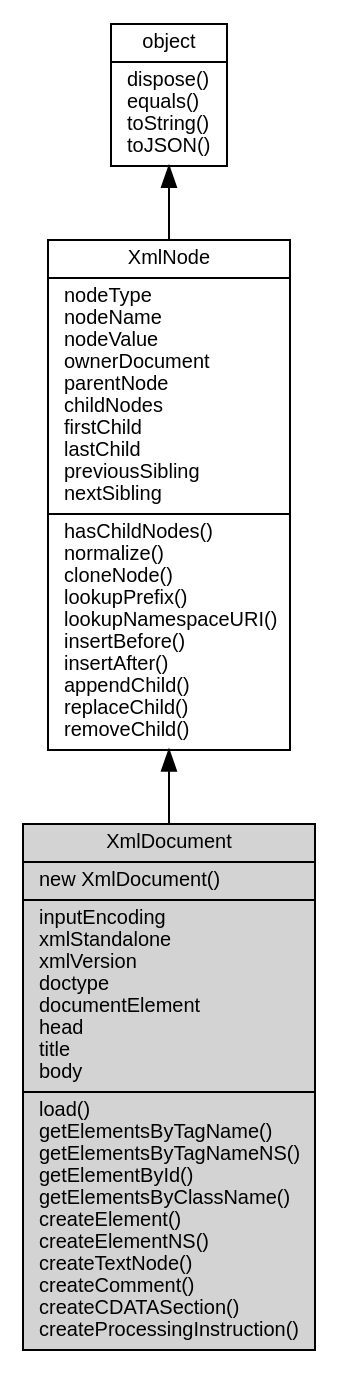
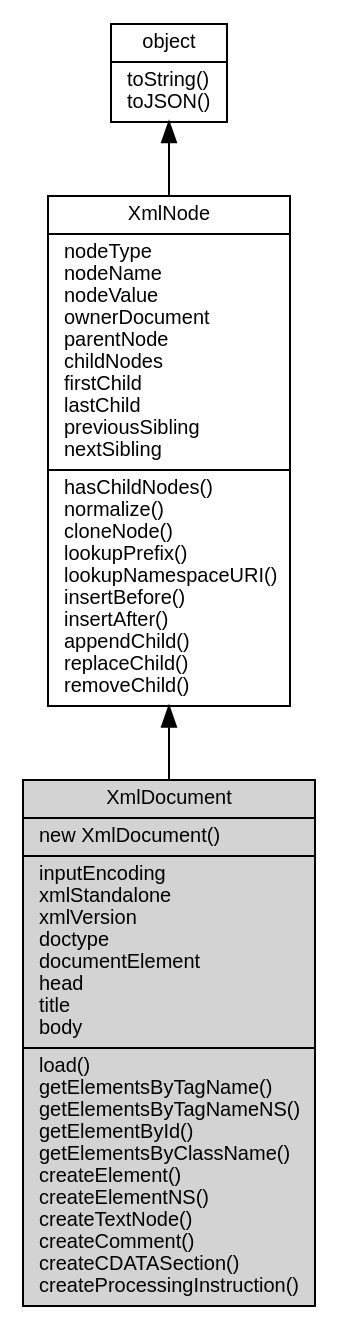
The diagram in docs/object/ifs/XmlDocument.md (asionius/fibjs-ceph), drawn with Graphviz before and after one commit. The commit also changed other lines of this file and 138 other files, not shown here.

````diff
--- a/docs/object/ifs/XmlDocument.md
+++ b/docs/object/ifs/XmlDocument.md
@@ -8,12 +8,12 @@
 ```dot
 digraph {
     node [fontname="Helvetica,sans-Serif", fontsize=10, shape="record", style="filled", fillcolor="white"];
 
-    object [tooltip="object", URL="object.md", label="{object|dispose()\lequals()\ltoString()\ltoJSON()\l}"];
+    object [tooltip="object", URL="object.md", label="{object|toString()\ltoJSON()\l}"];
     XmlNode [tooltip="XmlNode", URL="XmlNode.md", label="{XmlNode|nodeType\lnodeName\lnodeValue\lownerDocument\lparentNode\lchildNodes\lfirstChild\llastChild\lpreviousSibling\lnextSibling\l|hasChildNodes()\lnormalize()\lcloneNode()\llookupPrefix()\llookupNamespaceURI()\linsertBefore()\linsertAfter()\lappendChild()\lreplaceChild()\lremoveChild()\l}"];
-    XmlDocument [tooltip="XmlDocument", fillcolor="lightgray", label="{XmlDocument|new XmlDocument()\l|inputEncoding\lxmlStandalone\lxmlVersion\ldoctype\ldocumentElement\lhead\ltitle\lbody\l|load()\lgetElementsByTagName()\lgetElementsByTagNameNS()\lgetElementById()\lgetElementsByClassName()\lcreateElement()\lcreateElementNS()\lcreateTextNode()\lcreateComment()\lcreateCDATASection()\lcreateProcessingInstruction()\l}"];
+    XmlDocument [tooltip="XmlDocument", fillcolor="lightgray", id="me", label="{XmlDocument|new XmlDocument()\l|inputEncoding\lxmlStandalone\lxmlVersion\ldoctype\ldocumentElement\lhead\ltitle\lbody\l|load()\lgetElementsByTagName()\lgetElementsByTagNameNS()\lgetElementById()\lgetElementsByClassName()\lcreateElement()\lcreateElementNS()\lcreateTextNode()\lcreateComment()\lcreateCDATASection()\lcreateProcessingInstruction()\l}"];
 
     object -> XmlNode [dir=back];
     XmlNode -> XmlDocument [dir=back];
 }
 ```
````
